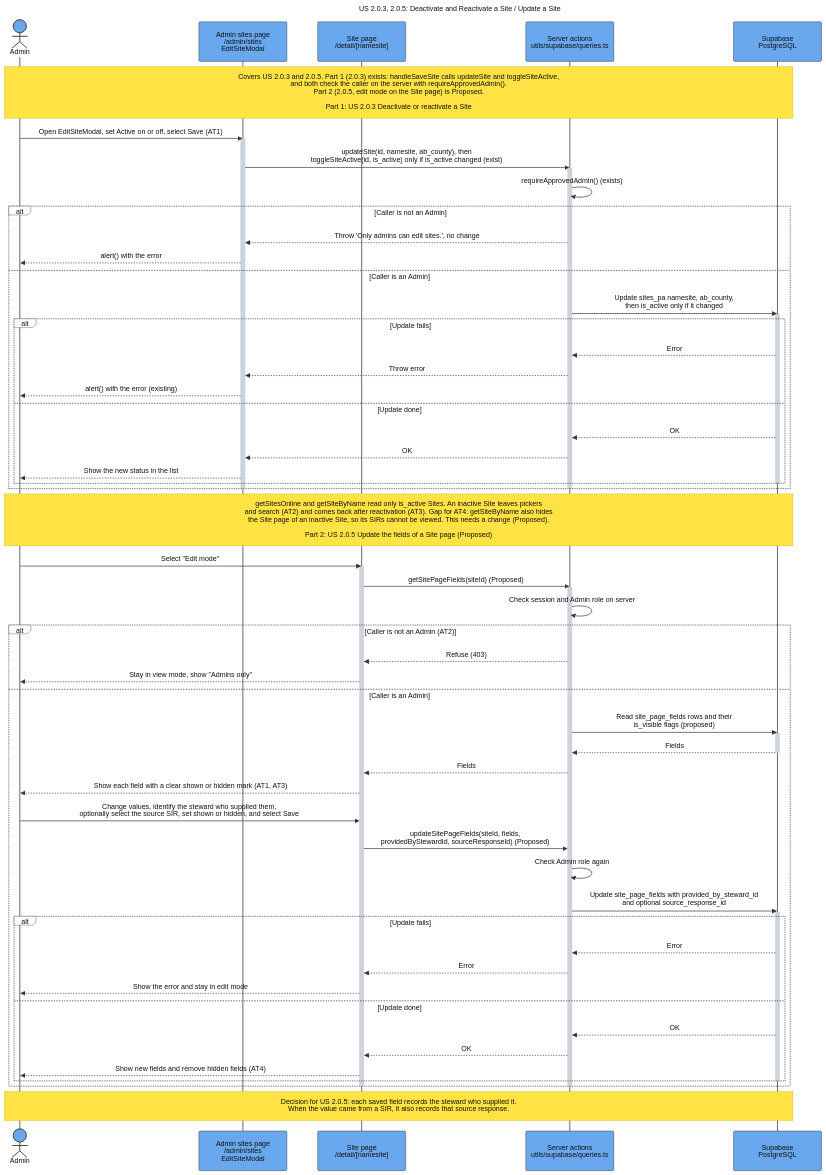
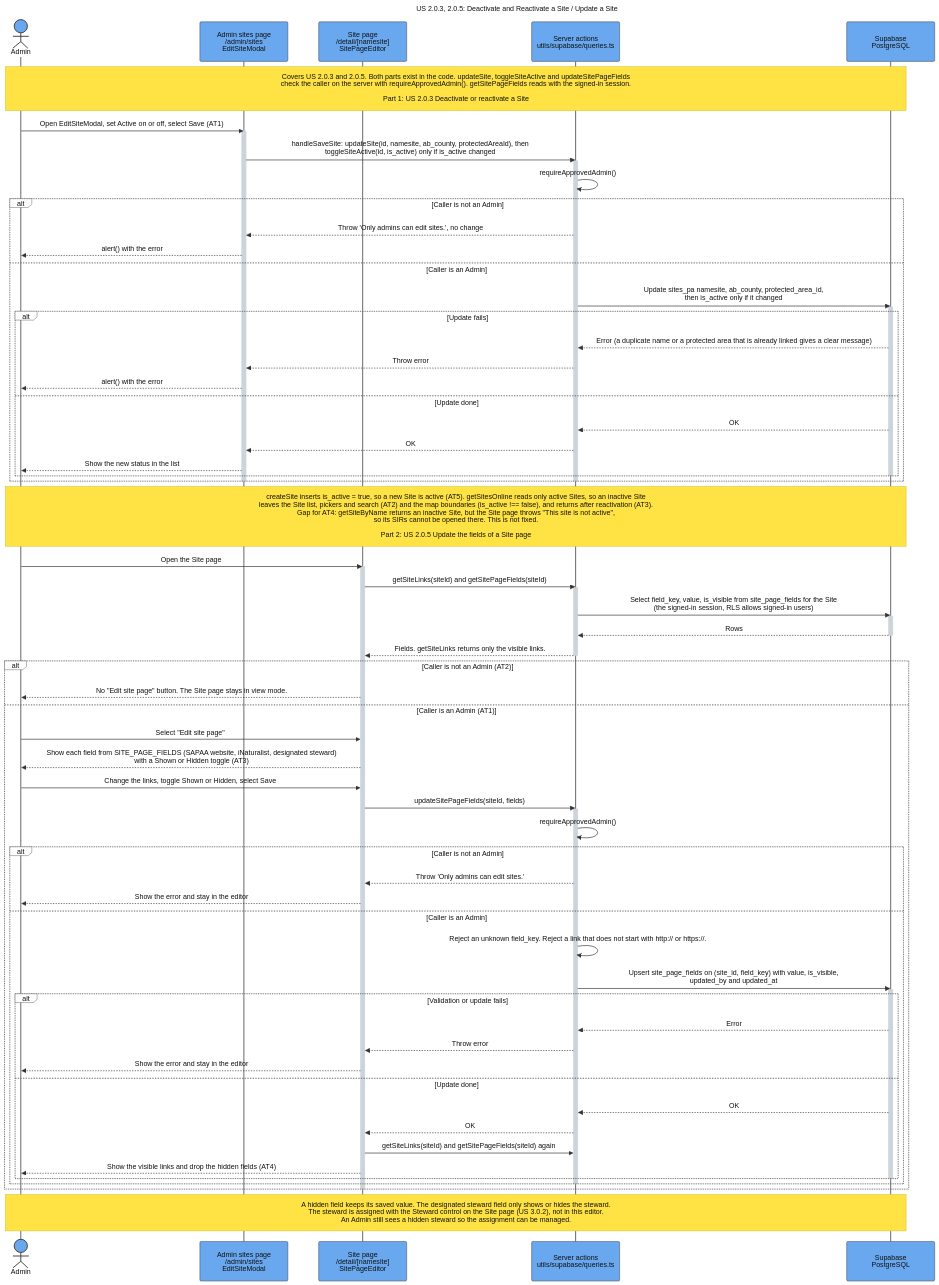
Before and after one commit to SAPAA-Dev/W26Project-SAPAA-Dev-Team: the diagram in docs/assets/Sequence_US_2_0_3_2_0_5_Update_and_Deactivate_Site.mmd, drawn with Mermaid. The commit also changed 16 other files, not shown here.

First line of the commit message:
(docs): refresh architecture, er and sequence diagrams for sprint 2 (#247)

```diff
--- a/docs/assets/Sequence_US_2_0_3_2_0_5_Update_and_Deactivate_Site.mmd
+++ b/docs/assets/Sequence_US_2_0_3_2_0_5_Update_and_Deactivate_Site.mmd
@@ -1,110 +1,118 @@
 ---
 title: "US 2.0.3, 2.0.5: Deactivate and Reactivate a Site / Update a Site"
 config:
   theme: base
   sequence:
     actorMargin: 70
     boxMargin: 12
     diagramMarginX: 45
     diagramMarginY: 30
     messageMargin: 38
     noteMargin: 16
     mirrorActors: true
     width: 200
     height: 90
   themeVariables:
     background: "#ffffff"
     primaryColor: "#69a8ef"
     primaryBorderColor: "#333333"
     primaryTextColor: "#111111"
     actorBkg: "#69a8ef"
     actorBorder: "#333333"
     actorTextColor: "#111111"
     actorLineColor: "#555555"
     signalColor: "#333333"
     signalTextColor: "#111111"
     activationBkgColor: "#cdd3db"
     activationBorderColor: "#cdd3db"
     noteBkgColor: "#ffe344"
     noteBorderColor: "#d4ba24"
     noteTextColor: "#111111"
     labelBoxBkgColor: "#ffffff"
     labelBoxBorderColor: "#555555"
     labelTextColor: "#111111"
     loopTextColor: "#111111"
     altBackground: "#ffffff"
   themeCSS: |
     .actor-line {
       stroke-dasharray: 10 10 !important;
       stroke-width: 1.25px !important;
     }
 ---
 sequenceDiagram
     autonumber off
     actor Admin
     participant Page as Admin sites page<br/>/admin/sites<br/>EditSiteModal
-    participant SitePage as Site page<br/>/detail/[namesite]
+    participant SitePage as Site page<br/>/detail/[namesite]<br/>SitePageEditor
     participant Actions as Server actions<br/>utils/supabase/queries.ts
     participant DB as Supabase<br/>PostgreSQL
 
-    Note over Admin,DB: Covers US 2.0.3 and 2.0.5. Part 1 (2.0.3) exists: handleSaveSite calls updateSite and toggleSiteActive,<br/>and both check the caller on the server with requireApprovedAdmin().<br/>Part 2 (2.0.5, edit mode on the Site page) is Proposed.<br/><br/>Part 1: US 2.0.3 Deactivate or reactivate a Site
+    Note over Admin,DB: Covers US 2.0.3 and 2.0.5. Both parts exist in the code. updateSite, toggleSiteActive and updateSitePageFields<br/>check the caller on the server with requireApprovedAdmin(). getSitePageFields reads with the signed-in session.<br/><br/>Part 1: US 2.0.3 Deactivate or reactivate a Site
     Admin->>Page: Open EditSiteModal, set Active on or off, select Save (AT1)
     activate Page
-    Page->>Actions: updateSite(id, namesite, ab_county), then<br/>toggleSiteActive(id, is_active) only if is_active changed (exist)
+    Page->>Actions: handleSaveSite: updateSite(id, namesite, ab_county, protectedAreaId), then<br/>toggleSiteActive(id, is_active) only if is_active changed
     activate Actions
-    Actions->>Actions: requireApprovedAdmin() (exists)
+    Actions->>Actions: requireApprovedAdmin()
     alt Caller is not an Admin
         Actions-->>Page: Throw 'Only admins can edit sites.', no change
         Page-->>Admin: alert() with the error
     else Caller is an Admin
-        Actions->>DB: Update sites_pa namesite, ab_county,<br/>then is_active only if it changed
+        Actions->>DB: Update sites_pa namesite, ab_county, protected_area_id,<br/>then is_active only if it changed
         activate DB
         alt Update fails
-            DB-->>Actions: Error
+            DB-->>Actions: Error (a duplicate name or a protected area that is already linked gives a clear message)
             Actions-->>Page: Throw error
-            Page-->>Admin: alert() with the error (existing)
+            Page-->>Admin: alert() with the error
         else Update done
             DB-->>Actions: OK
             Actions-->>Page: OK
             Page-->>Admin: Show the new status in the list
         end
         deactivate DB
     end
     deactivate Actions
     deactivate Page
-    Note over Admin,DB: getSitesOnline and getSiteByName read only is_active Sites. An inactive Site leaves pickers<br/>and search (AT2) and comes back after reactivation (AT3). Gap for AT4: getSiteByName also hides<br/>the Site page of an inactive Site, so its SIRs cannot be viewed. This needs a change (Proposed).<br/><br/>Part 2: US 2.0.5 Update the fields of a Site page (Proposed)
-    Admin->>SitePage: Select "Edit mode"
+    Note over Admin,DB: createSite inserts is_active = true, so a new Site is active (AT5). getSitesOnline reads only active Sites, so an inactive Site<br/>leaves the Site list, pickers and search (AT2) and the map boundaries (is_active !== false), and returns after reactivation (AT3).<br/>Gap for AT4: getSiteByName returns an inactive Site, but the Site page throws "This site is not active",<br/>so its SIRs cannot be opened there. This is not fixed.<br/><br/>Part 2: US 2.0.5 Update the fields of a Site page
+    Admin->>SitePage: Open the Site page
     activate SitePage
-    SitePage->>Actions: getSitePageFields(siteId) (Proposed)
+    SitePage->>Actions: getSiteLinks(siteId) and getSitePageFields(siteId)
     activate Actions
-    Actions->>Actions: Check session and Admin role on server
+    Actions->>DB: Select field_key, value, is_visible from site_page_fields for the Site<br/>(the signed-in session, RLS allows signed-in users)
+    activate DB
+    DB-->>Actions: Rows
+    deactivate DB
+    Actions-->>SitePage: Fields. getSiteLinks returns only the visible links.
+    deactivate Actions
     alt Caller is not an Admin (AT2)
-        Actions-->>SitePage: Refuse (403)
-        SitePage-->>Admin: Stay in view mode, show "Admins only"
-    else Caller is an Admin
-        Actions->>DB: Read site_page_fields rows and their<br/>is_visible flags (proposed)
-        activate DB
-        DB-->>Actions: Fields
-        deactivate DB
-        Actions-->>SitePage: Fields
-        SitePage-->>Admin: Show each field with a clear shown or hidden mark (AT1, AT3)
-        Admin->>SitePage: Change values, identify the steward who supplied them,<br/>optionally select the source SIR, set shown or hidden, and select Save
-        SitePage->>Actions: updateSitePageFields(siteId, fields,<br/>providedByStewardId, sourceResponseId) (Proposed)
-        Actions->>Actions: Check Admin role again
-        Actions->>DB: Update site_page_fields with provided_by_steward_id<br/>and optional source_response_id
-        activate DB
-        alt Update fails
-            DB-->>Actions: Error
-            Actions-->>SitePage: Error
-            SitePage-->>Admin: Show the error and stay in edit mode
-        else Update done
-            DB-->>Actions: OK
-            Actions-->>SitePage: OK
-            SitePage-->>Admin: Show new fields and remove hidden fields (AT4)
+        SitePage-->>Admin: No "Edit site page" button. The Site page stays in view mode.
+    else Caller is an Admin (AT1)
+        Admin->>SitePage: Select "Edit site page"
+        SitePage-->>Admin: Show each field from SITE_PAGE_FIELDS (SAPAA website, iNaturalist, designated steward)<br/>with a Shown or Hidden toggle (AT3)
+        Admin->>SitePage: Change the links, toggle Shown or Hidden, select Save
+        SitePage->>Actions: updateSitePageFields(siteId, fields)
+        activate Actions
+        Actions->>Actions: requireApprovedAdmin()
+        alt Caller is not an Admin
+            Actions-->>SitePage: Throw 'Only admins can edit sites.'
+            SitePage-->>Admin: Show the error and stay in the editor
+        else Caller is an Admin
+            Actions->>Actions: Reject an unknown field_key. Reject a link that does not start with http:// or https://.
+            Actions->>DB: Upsert site_page_fields on (site_id, field_key) with value, is_visible,<br/>updated_by and updated_at
+            activate DB
+            alt Validation or update fails
+                DB-->>Actions: Error
+                Actions-->>SitePage: Throw error
+                SitePage-->>Admin: Show the error and stay in the editor
+            else Update done
+                DB-->>Actions: OK
+                Actions-->>SitePage: OK
+                SitePage->>Actions: getSiteLinks(siteId) and getSitePageFields(siteId) again
+                SitePage-->>Admin: Show the visible links and drop the hidden fields (AT4)
+            end
+            deactivate DB
         end
-        deactivate DB
+        deactivate Actions
     end
-    deactivate Actions
     deactivate SitePage
 
-    Note over Admin,DB: Decision for US 2.0.5: each saved field records the steward who supplied it.<br/>When the value came from a SIR, it also records that source response.
+    Note over Admin,DB: A hidden field keeps its saved value. The designated steward field only shows or hides the steward.<br/>The steward is assigned with the Steward control on the Site page (US 3.0.2), not in this editor.<br/>An Admin still sees a hidden steward so the assignment can be managed.
```
